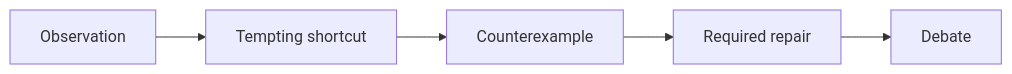
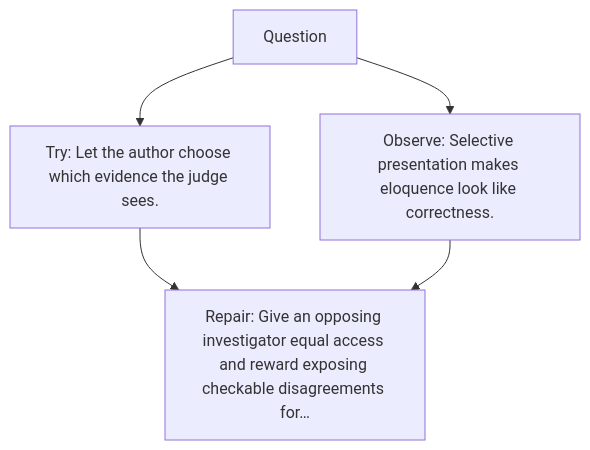
The diagram in excavations/147-debate/diagram.md (kleem-labs/AI-Archaeology), drawn with Mermaid before and after one commit. The commit also changed other lines of this file and 288 other files, not shown here.

````diff
--- a/excavations/147-debate/diagram.md
+++ b/excavations/147-debate/diagram.md
@@ -3,7 +5,7 @@
 ```mermaid
-flowchart LR
-    A["Observation"] --> B["Tempting shortcut"]
-    B --> C["Counterexample"]
-    C --> D["Required repair"]
-    D --> E["Debate"]
+flowchart TD
+    A["Question"] --> B["Try: Let the author choose which evidence the judge sees."]
+    A --> C["Observe: Selective presentation makes eloquence look like correctness."]
+    B --> D["Repair: Give an opposing investigator equal access and reward exposing checkable disagreements for…"]
+    C --> D
 ```
````
